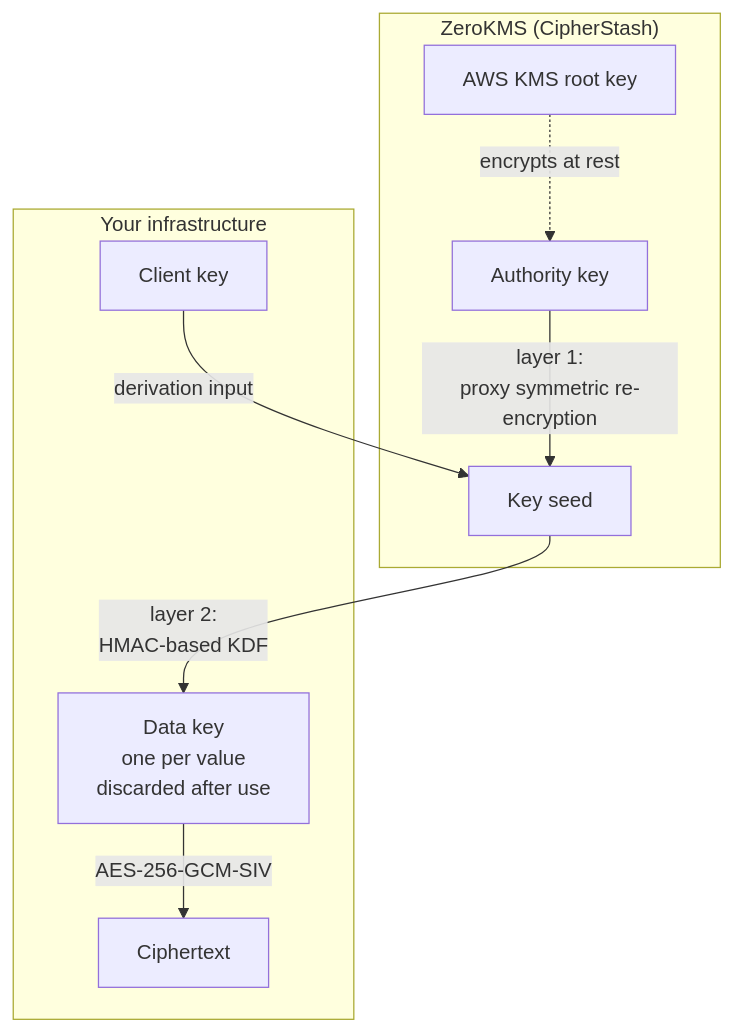
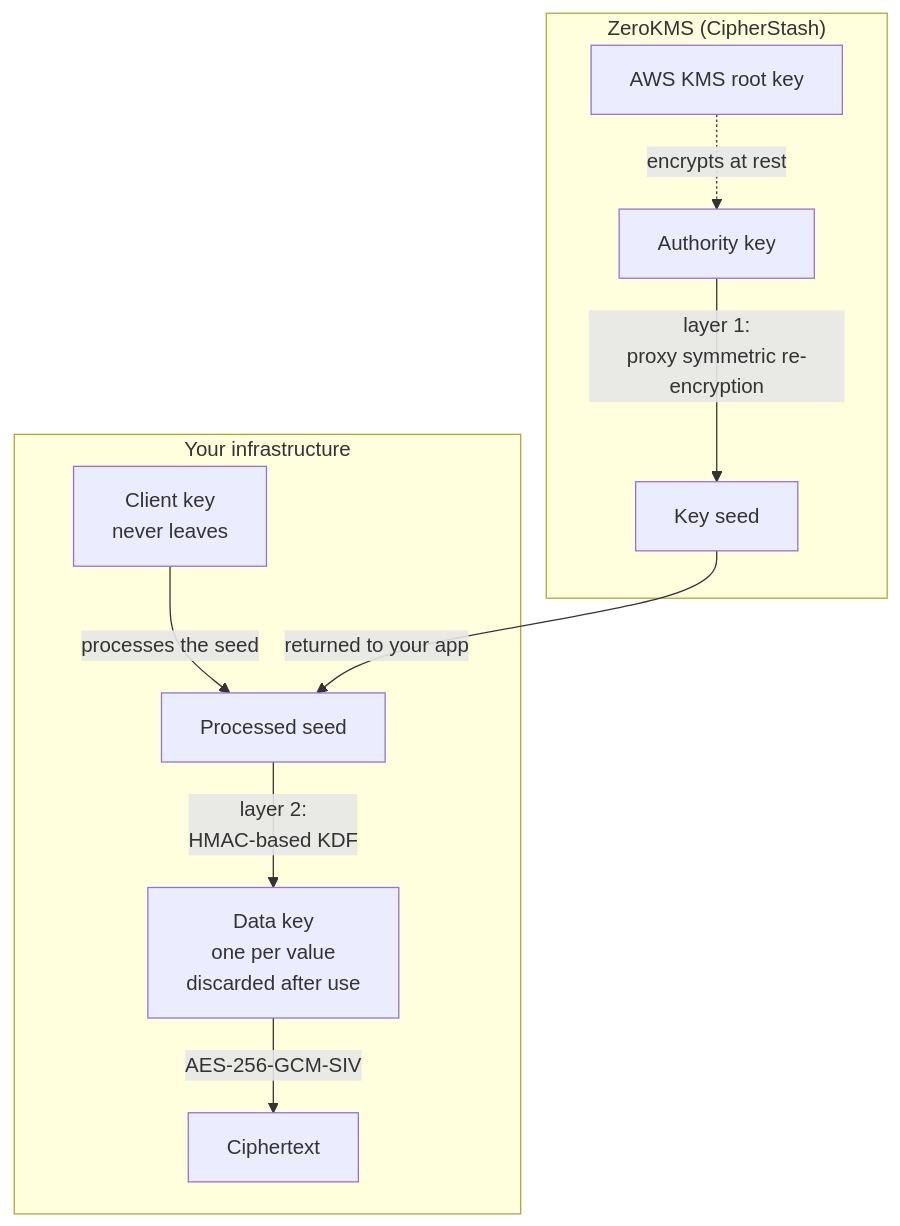
The diagram in content/docs/security/cryptography.mdx (cipherstash/docs), drawn with Mermaid before and after one commit. The commit also changed other lines of this file and 1 other file, not shown here.

First line of the commit message:
docs(security): correct the key exchange, the client key never leaves

````diff
--- a/content/docs/security/cryptography.mdx
+++ b/content/docs/security/cryptography.mdx
@@ -51,20 +53,22 @@
 ```mermaid
 flowchart TD
     subgraph zerokms["ZeroKMS (CipherStash)"]
         root["AWS KMS root key"]
         auth["Authority key"]
         seed["Key seed"]
         root -. encrypts at rest .-> auth
         auth -- "layer 1:<br/>proxy symmetric re-encryption" --> seed
     end
 
     subgraph you["Your infrastructure"]
-        client["Client key"]
+        client["Client key<br/>never leaves"]
+        processed["Processed seed"]
         datakey["Data key<br/>one per value<br/>discarded after use"]
         ciphertext["Ciphertext"]
+        client -- processes the seed --> processed
+        processed -- "layer 2:<br/>HMAC-based KDF" --> datakey
+        datakey -- AES-256-GCM-SIV --> ciphertext
     end
 
-    client -- derivation input --> seed
-    seed -- "layer 2:<br/>HMAC-based KDF" --> datakey
-    datakey -- AES-256-GCM-SIV --> ciphertext
+    seed -- returned to your app --> processed
 ```
````
